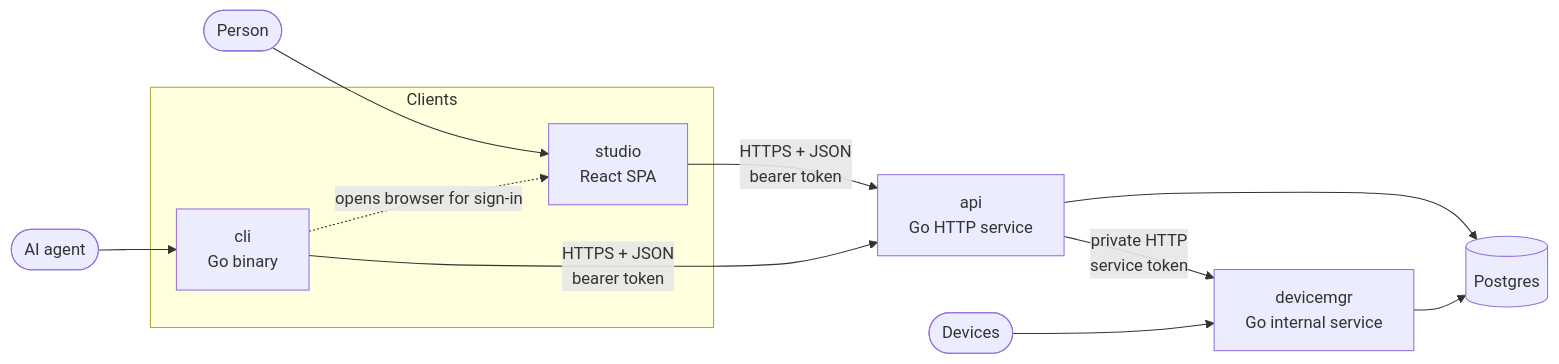
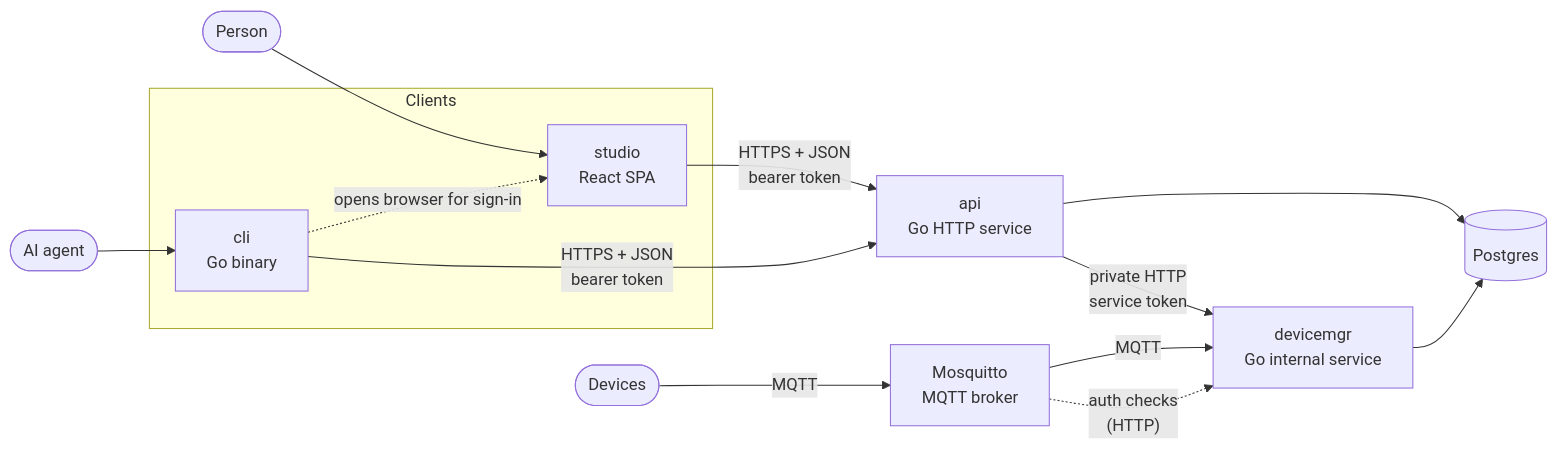
The first of 2 diagrams in docs/arch.md (jaredhughes1012/dalnamics), drawn with Mermaid before and after one commit. The commit also changed other lines of this file and 92 other files, not shown here.

````diff
--- a/docs/arch.md
+++ b/docs/arch.md
@@ -13,16 +14,18 @@
 ```mermaid
 flowchart LR
     user([Person]) --> studio
     agent([AI agent]) --> cli
     subgraph clients [Clients]
         studio["studio<br/>React SPA"]
         cli["cli<br/>Go binary"]
     end
     studio -- "HTTPS + JSON<br/>bearer token" --> api
     cli -- "HTTPS + JSON<br/>bearer token" --> api
     cli -. "opens browser for sign-in" .-> studio
     api["api<br/>Go HTTP service"] --> pg[(Postgres)]
     api -- "private HTTP<br/>service token" --> devicemgr["devicemgr<br/>Go internal service"]
-    devices([Devices]) --> devicemgr
+    devices([Devices]) -- "MQTT" --> mosquitto["Mosquitto<br/>MQTT broker"]
+    mosquitto -- "MQTT" --> devicemgr
+    mosquitto -. "auth checks<br/>(HTTP)" .-> devicemgr
     devicemgr --> pg
 ```
````
